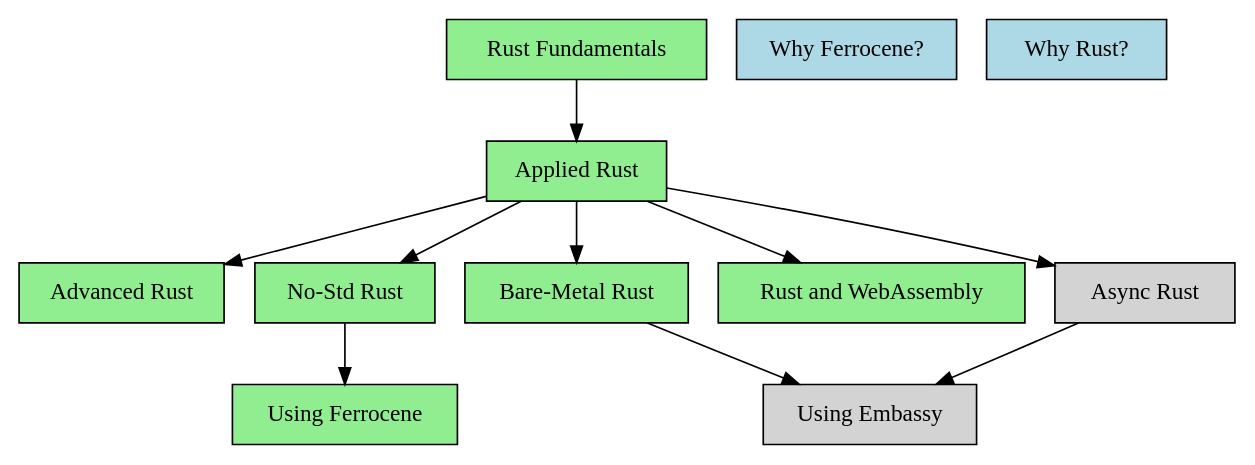
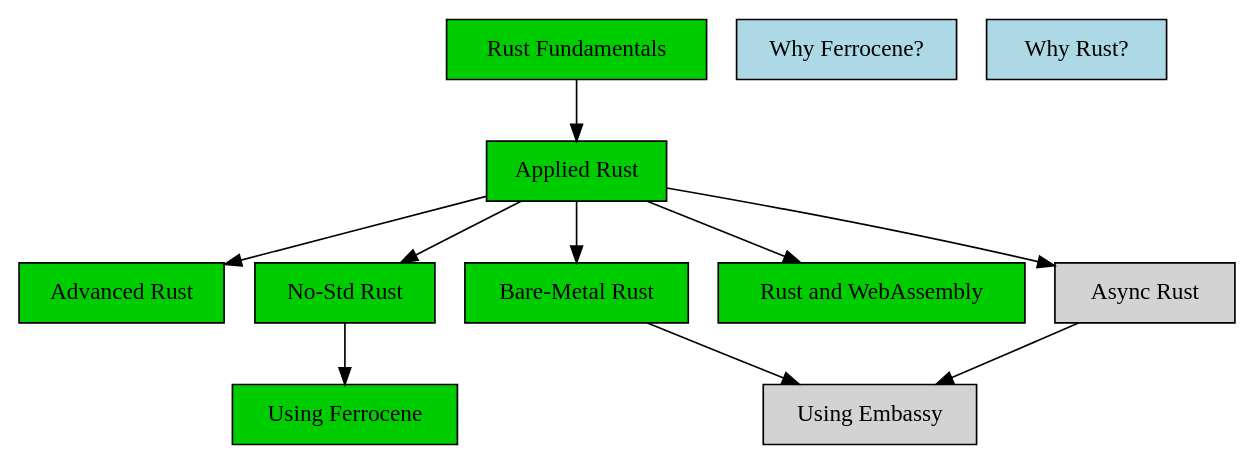
Before and after one commit to ferrous-systems/rust-training: the diagram in training-slides/src/introduction.md, drawn with Graphviz. The commit also changed 7 other files, not shown here.

````diff
--- a/training-slides/src/introduction.md
+++ b/training-slides/src/introduction.md
@@ -15,30 +15,30 @@
 ```dot process
 digraph {
-    node [shape=record, width=1.5, fillcolor=lightgreen, style=filled];
+    node [shape=record, width=1.5, fillcolor=green3, style=filled];
     Advanced [label="Advanced Rust"];
     Applied [label="Applied Rust"];
     BareMetal [label="Bare-Metal Rust"];
     Ferrocene [label="Using Ferrocene"];
     Fundamentals [label="Rust Fundamentals"];
     NoStd [label="No-Std Rust"];
     Wasm [label="Rust and WebAssembly"];
 
     node [shape=record, fillcolor=lightblue, style=filled];
     WhyFerrocene [label="Why Ferrocene?"];
     WhyRust [label="Why Rust?"];
 
     node [shape=record, fillcolor=lightgray, style=filled];
     Async [label="Async Rust"];
     Embassy [label="Using Embassy"];
 
     Fundamentals -> Applied;
     Applied -> Advanced;
     Applied -> NoStd;
     NoStd -> Ferrocene;
     Applied -> BareMetal;
     Applied -> Async;
     Applied -> Wasm;
     BareMetal -> Embassy;
     Async -> Embassy;
 }
 ```
````
